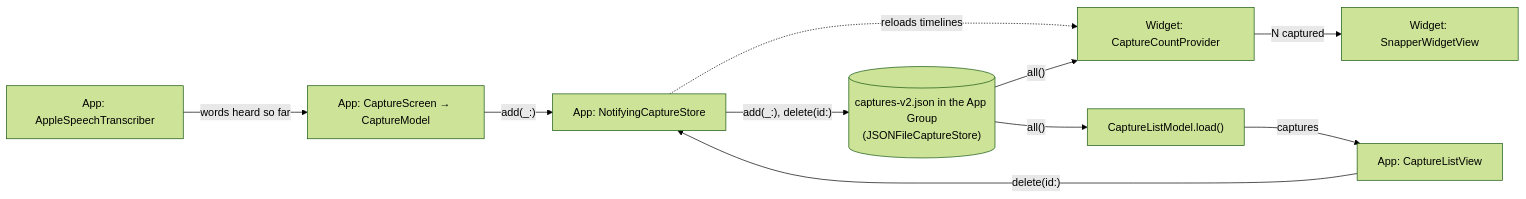
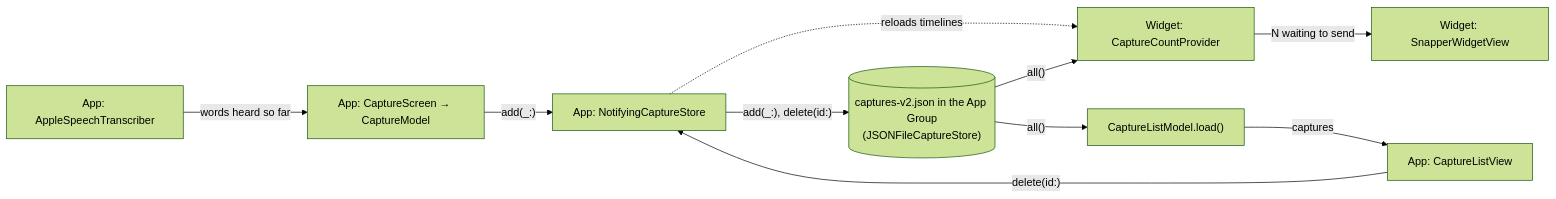
One commit to southp/buffer-snap changed the second of 7 diagrams in docs/architecture.md. Above: the diagram before and after it, drawn with Mermaid (forest theme). The commit also changed other lines of this file, not shown here.

First line of the commit message:
Docs: Add the storage cap and sync status to the architecture

````diff
--- a/docs/architecture.md
+++ b/docs/architecture.md
@@ -111,12 +111,12 @@
 ```mermaid
 flowchart LR
     Mic["App: AppleSpeechTranscriber"] -->|"words heard so far"| Capture
     Capture["App: CaptureScreen → CaptureModel"] -->|"add(_:)"| Notifying["App: NotifyingCaptureStore"]
     Delete["App: CaptureListView"] -->|"delete(id:)"| Notifying
     Notifying -->|"add(_:), delete(id:)"| Store[("captures-v2.json in the App Group<br/>(JSONFileCaptureStore)")]
     Notifying -.->|"reloads timelines"| Timeline["Widget: CaptureCountProvider"]
     Store -->|"all()"| Timeline
-    Timeline -->|"N captured"| Face["Widget: SnapperWidgetView"]
+    Timeline -->|"N waiting to send"| Face["Widget: SnapperWidgetView"]
     Store -->|"all()"| List["CaptureListModel.load()"]
     List -->|captures| Delete
 ```
````
